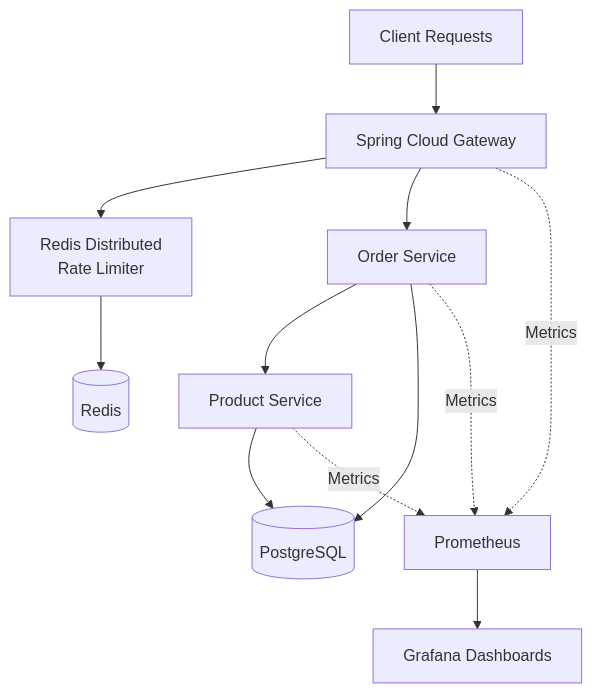
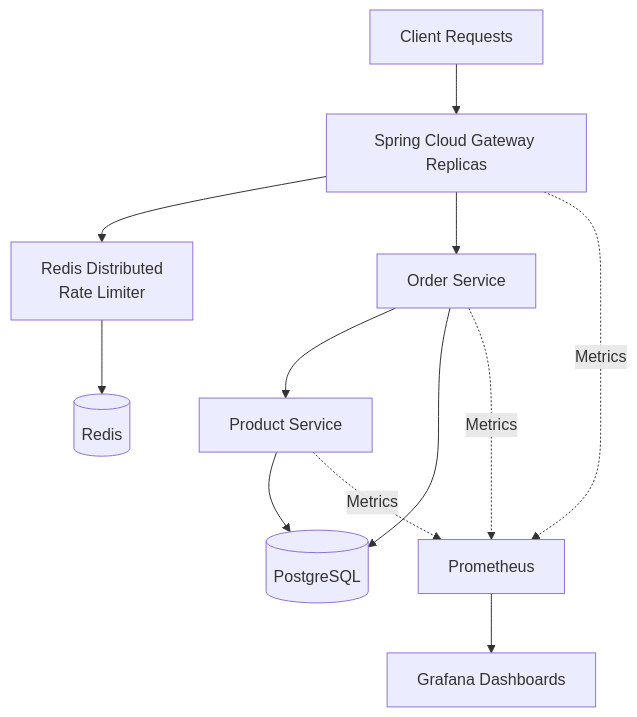
One commit to siddhesh-bahurupi/distributed-backend-system changed the diagram in README.md. Above: the diagram before and after it, drawn with Mermaid. The commit also changed other lines of this file and 11 other files, not shown here.

````diff
--- a/README.md
+++ b/README.md
@@ -16,22 +16,22 @@
 ```mermaid
 graph TD
     Client[Client Requests]
 
-    Client --> Gateway[Spring Cloud Gateway]
+    Client --> Gateway[Spring Cloud Gateway Replicas]
 
     Gateway --> RL[Redis Distributed<br/>Rate Limiter]
 
     Gateway --> OrderService[Order Service]
     OrderService --> ProductService[Product Service]
 
     ProductService --> Postgres[(PostgreSQL)]
     OrderService --> Postgres
 
     RL --> Redis[(Redis)]
 
     Gateway -. Metrics .-> Prometheus[Prometheus]
     OrderService -. Metrics .-> Prometheus
     ProductService -. Metrics .-> Prometheus
 
     Prometheus --> Grafana[Grafana Dashboards]
 ```
````
